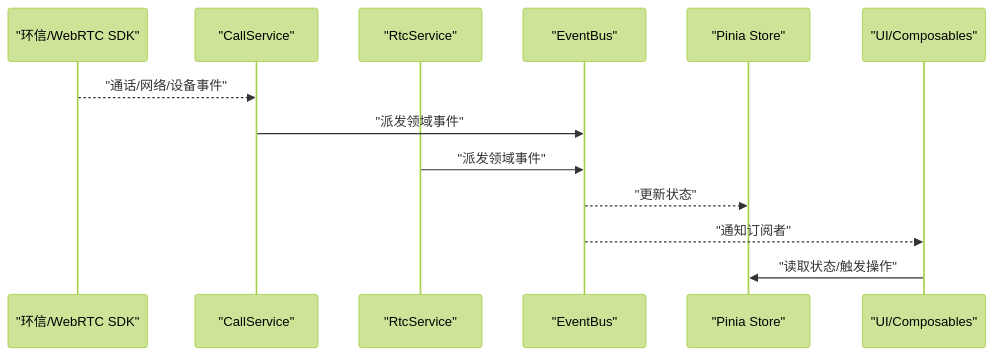
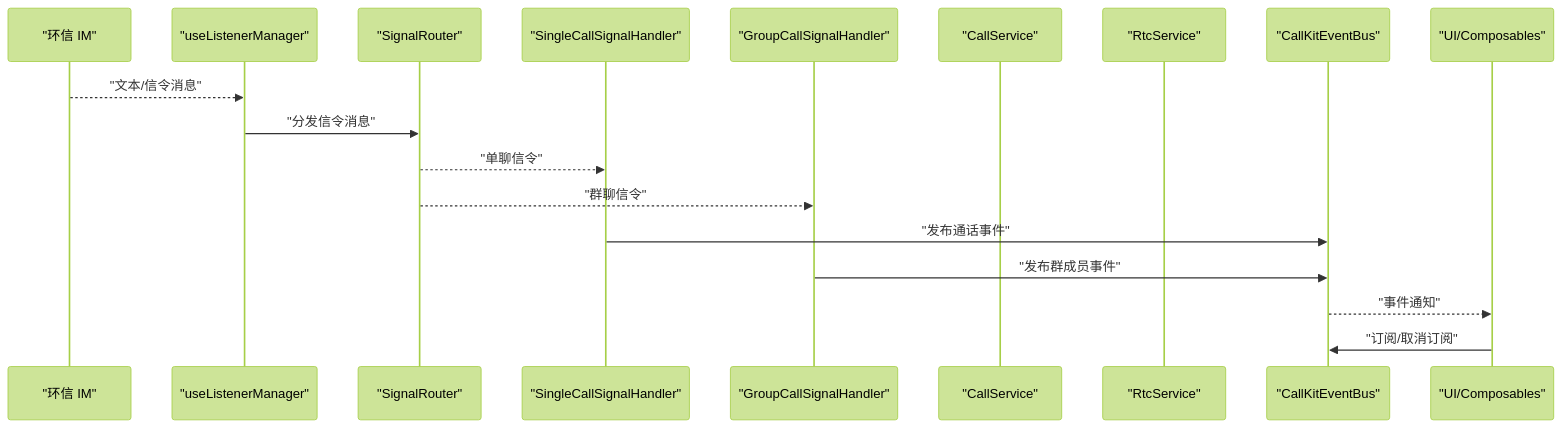
Before and after one commit to Easemob-Community/easemob-uikit-callkit-vue3: the second of 8 diagrams in .qoder/repowiki/zh/content/高级功能/事件监听管理.md, drawn with Mermaid (forest theme). The commit also changed other lines of this file and 40 other files, not shown here.

````diff
--- a/.qoder/repowiki/zh/content/高级功能/事件监听管理.md
+++ b/.qoder/repowiki/zh/content/高级功能/事件监听管理.md
@@ -110,15 +140,20 @@
 ```mermaid
 sequenceDiagram
-participant SDK as "环信/WebRTC SDK"
+participant IM as "环信 IM"
+participant LMAN as "useListenerManager"
+participant SR as "SignalRouter"
+participant SCSH as "SingleCallSignalHandler"
+participant GCSH as "GroupCallSignalHandler"
 participant CS as "CallService"
 participant RS as "RtcService"
-participant BUS as "EventBus"
-participant STORE as "Pinia Store"
+participant BUS as "CallKitEventBus"
 participant UI as "UI/Composables"
-SDK-->>CS : "通话/网络/设备事件"
-CS->>BUS : "派发领域事件"
-RS->>BUS : "派发领域事件"
-BUS-->>STORE : "更新状态"
-BUS-->>UI : "通知订阅者"
-UI->>STORE : "读取状态/触发操作"
+IM-->>LMAN : "文本/信令消息"
+LMAN->>SR : "分发信令消息"
+SR-->>SCSH : "单聊信令"
+SR-->>GCSH : "群聊信令"
+SCSH->>BUS : "发布通话事件"
+GCSH->>BUS : "发布群成员事件"
+BUS-->>UI : "事件通知"
+UI->>BUS : "订阅/取消订阅"
 ```
````
